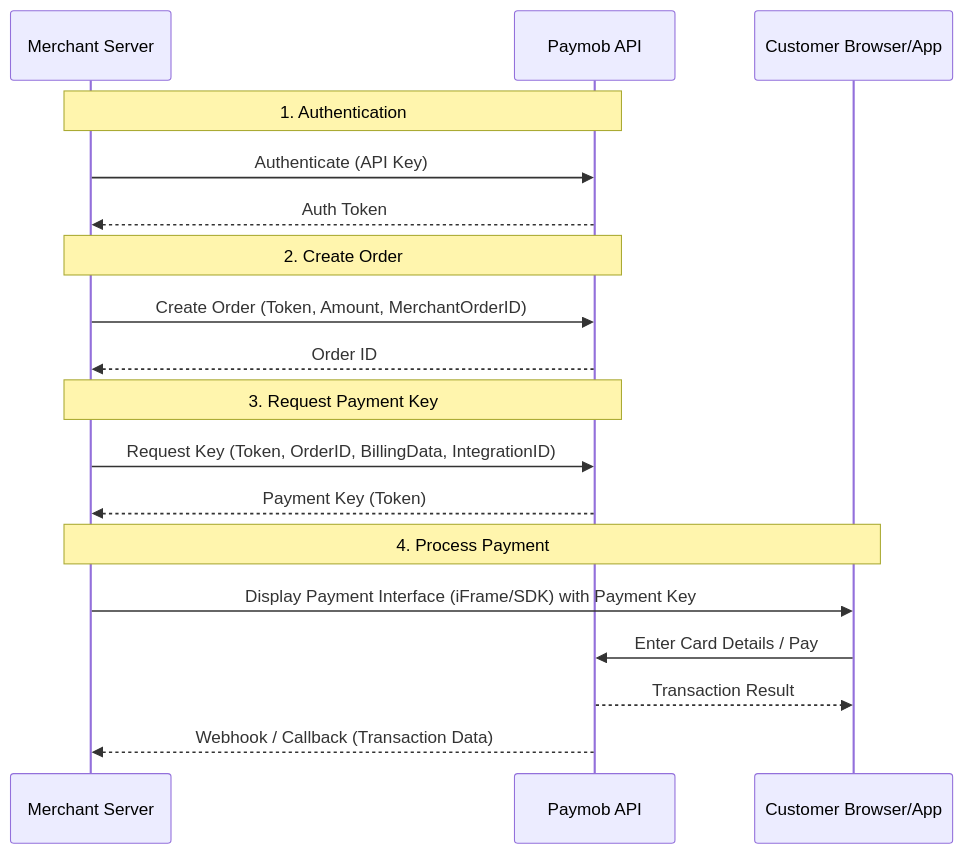
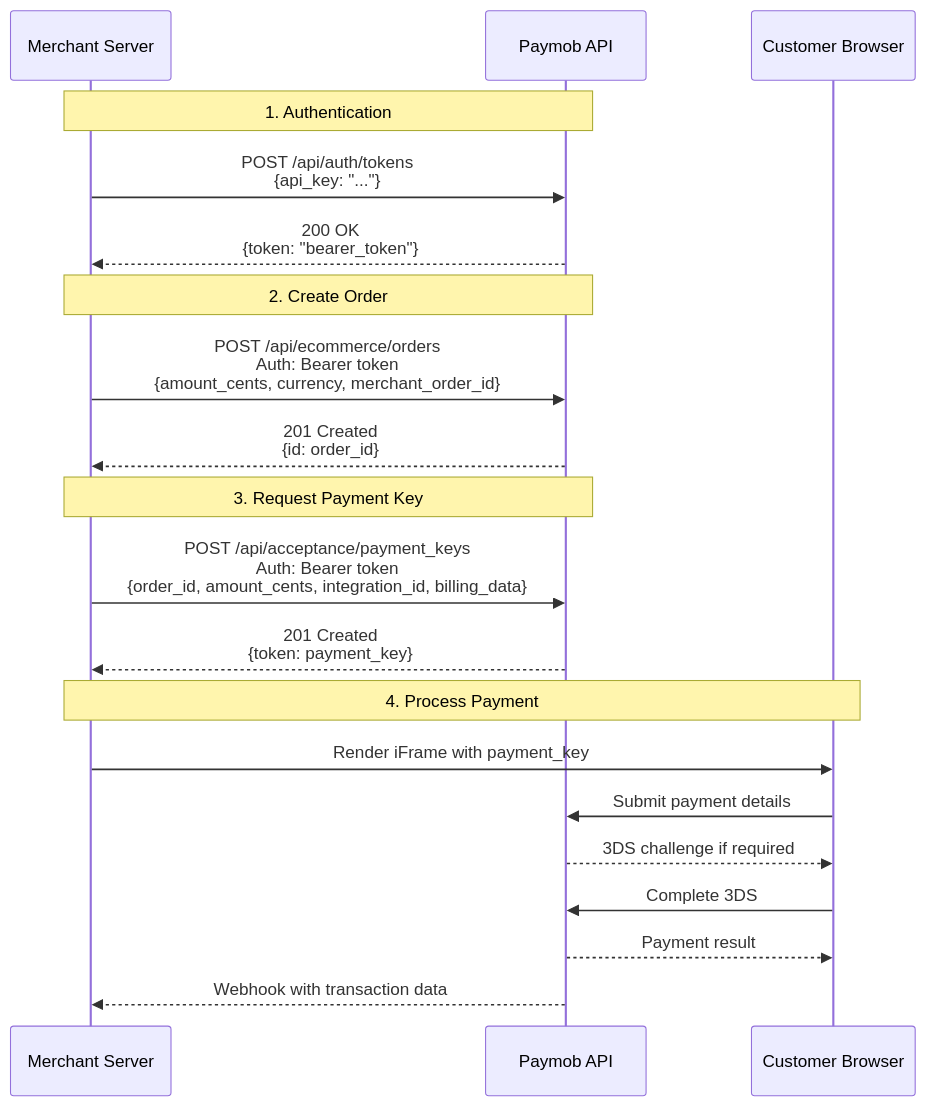
One commit to Yusuf-Hussien/Paymob-Java-SDK changed the second of 10 diagrams in docs/flow_diagrams.md. Above: the diagram before and after it, drawn with Mermaid. The commit also changed other lines of this file and 41 other files, not shown here.

````diff
--- a/docs/flow_diagrams.md
+++ b/docs/flow_diagrams.md
@@ -7,24 +86,26 @@
 ```mermaid
 sequenceDiagram
     participant Merchant as Merchant Server
     participant Paymob as Paymob API
-    participant User as Customer Browser/App
+    participant User as Customer Browser
 
     Note over Merchant, Paymob: 1. Authentication
-    Merchant->>Paymob: Authenticate (API Key)
-    Paymob-->>Merchant: Auth Token
+    Merchant->>Paymob: POST /api/auth/tokens<br/>{api_key: "..."}
+    Paymob-->>Merchant: 200 OK<br/>{token: "bearer_token"}
 
     Note over Merchant, Paymob: 2. Create Order
-    Merchant->>Paymob: Create Order (Token, Amount, MerchantOrderID)
-    Paymob-->>Merchant: Order ID
+    Merchant->>Paymob: POST /api/ecommerce/orders<br/>Auth: Bearer token<br/>{amount_cents, currency, merchant_order_id}
+    Paymob-->>Merchant: 201 Created<br/>{id: order_id}
 
     Note over Merchant, Paymob: 3. Request Payment Key
-    Merchant->>Paymob: Request Key (Token, OrderID, BillingData, IntegrationID)
-    Paymob-->>Merchant: Payment Key (Token)
+    Merchant->>Paymob: POST /api/acceptance/payment_keys<br/>Auth: Bearer token<br/>{order_id, amount_cents, integration_id, billing_data}
+    Paymob-->>Merchant: 201 Created<br/>{token: payment_key}
 
     Note over Merchant, User: 4. Process Payment
-    Merchant->>User: Display Payment Interface (iFrame/SDK) with Payment Key
-    User->>Paymob: Enter Card Details / Pay
-    Paymob-->>User: Transaction Result
-    Paymob-->>Merchant: Webhook / Callback (Transaction Data)
+    Merchant->>User: Render iFrame with payment_key
+    User->>Paymob: Submit payment details
+    Paymob-->>User: 3DS challenge if required
+    User->>Paymob: Complete 3DS
+    Paymob-->>User: Payment result
+    Paymob-->>Merchant: Webhook with transaction data
 ```
````
